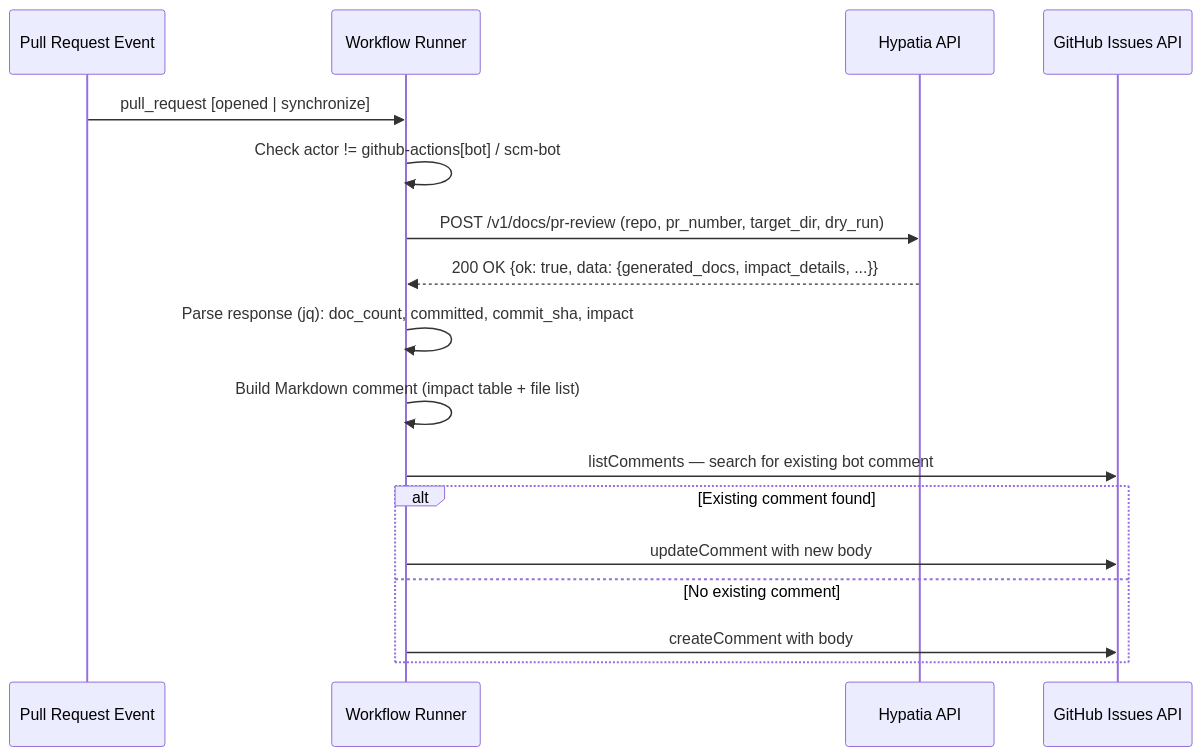
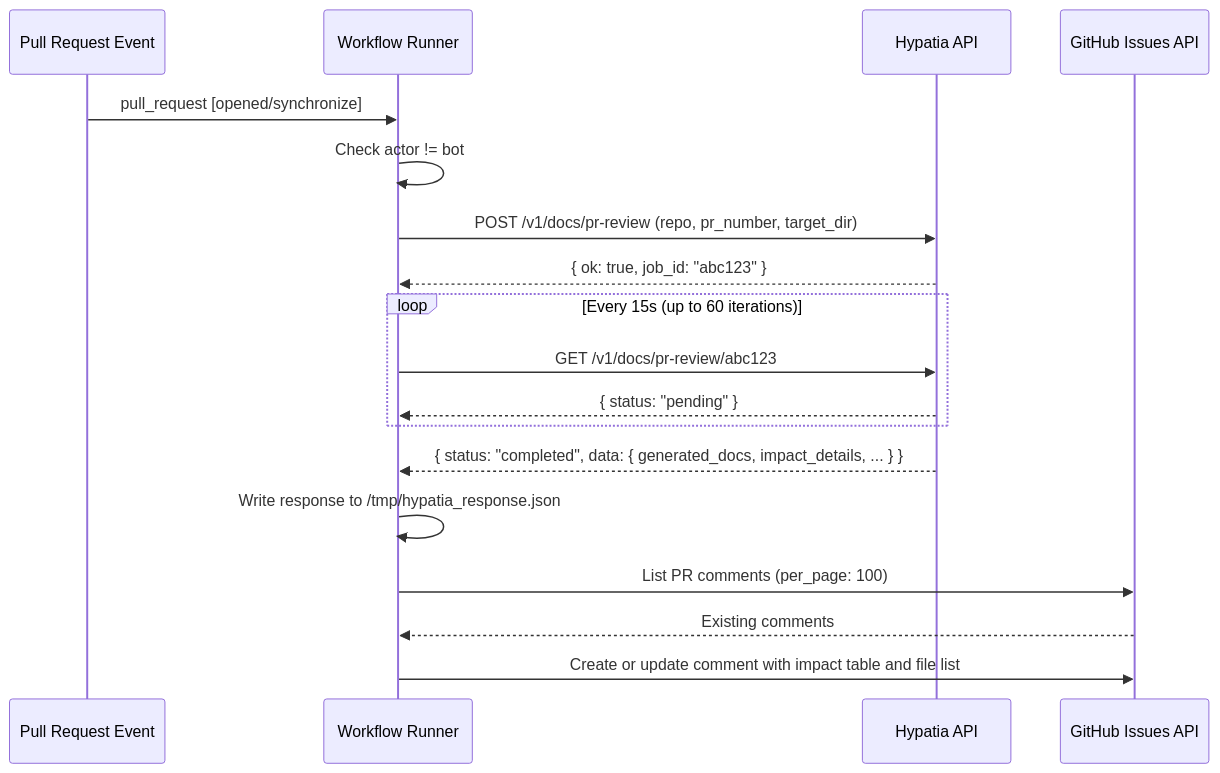
One commit to cornelisnetworks/opa-psm2-tests changed the second of 4 diagrams in docs/.github-workflows.md. Above: the diagram before and after it, drawn with Mermaid. The commit also changed other lines of this file and 2 other files, not shown here.

````diff
--- a/docs/.github-workflows.md
+++ b/docs/.github-workflows.md
@@ -38,20 +38,21 @@
 ```mermaid
 sequenceDiagram
     participant PR as Pull Request Event
     participant WF as Workflow Runner
-    participant H as Hypatia API
+    participant API as Hypatia API
     participant GH as GitHub Issues API
 
-    PR->>WF: pull_request [opened | synchronize]
-    WF->>WF: Check actor != github-actions[bot] / scm-bot
-    WF->>H: POST /v1/docs/pr-review (repo, pr_number, target_dir, dry_run)
-    H-->>WF: 200 OK {ok: true, data: {generated_docs, impact_details, ...}}
-    WF->>WF: Parse response (jq): doc_count, committed, commit_sha, impact
-    WF->>WF: Build Markdown comment (impact table + file list)
-    WF->>GH: listComments — search for existing bot comment
-    alt Existing comment found
-        WF->>GH: updateComment with new body
-    else No existing comment
-        WF->>GH: createComment with body
+    PR->>WF: pull_request [opened/synchronize]
+    WF->>WF: Check actor != bot
+    WF->>API: POST /v1/docs/pr-review (repo, pr_number, target_dir)
+    API-->>WF: { ok: true, job_id: "abc123" }
+    loop Every 15s (up to 60 iterations)
+        WF->>API: GET /v1/docs/pr-review/abc123
+        API-->>WF: { status: "pending" }
     end
+    API-->>WF: { status: "completed", data: { generated_docs, impact_details, ... } }
+    WF->>WF: Write response to /tmp/hypatia_response.json
+    WF->>GH: List PR comments (per_page: 100)
+    GH-->>WF: Existing comments
+    WF->>GH: Create or update comment with impact table and file list
 ```
````
